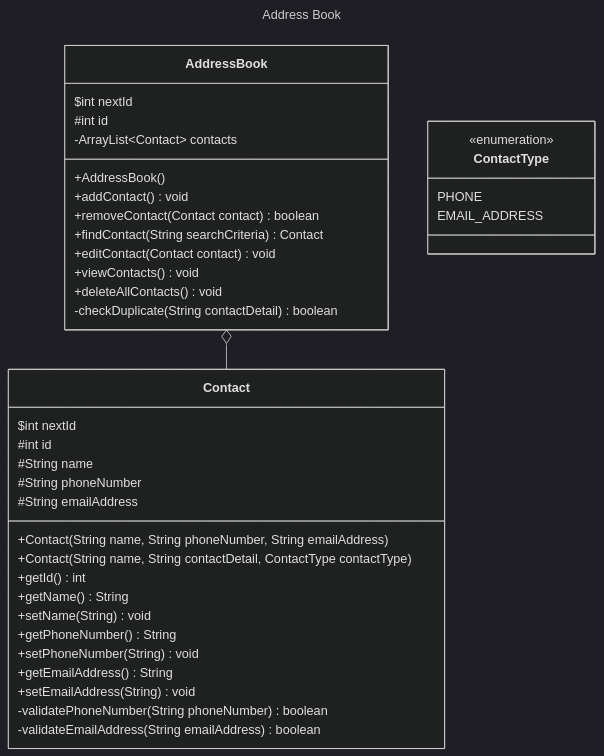
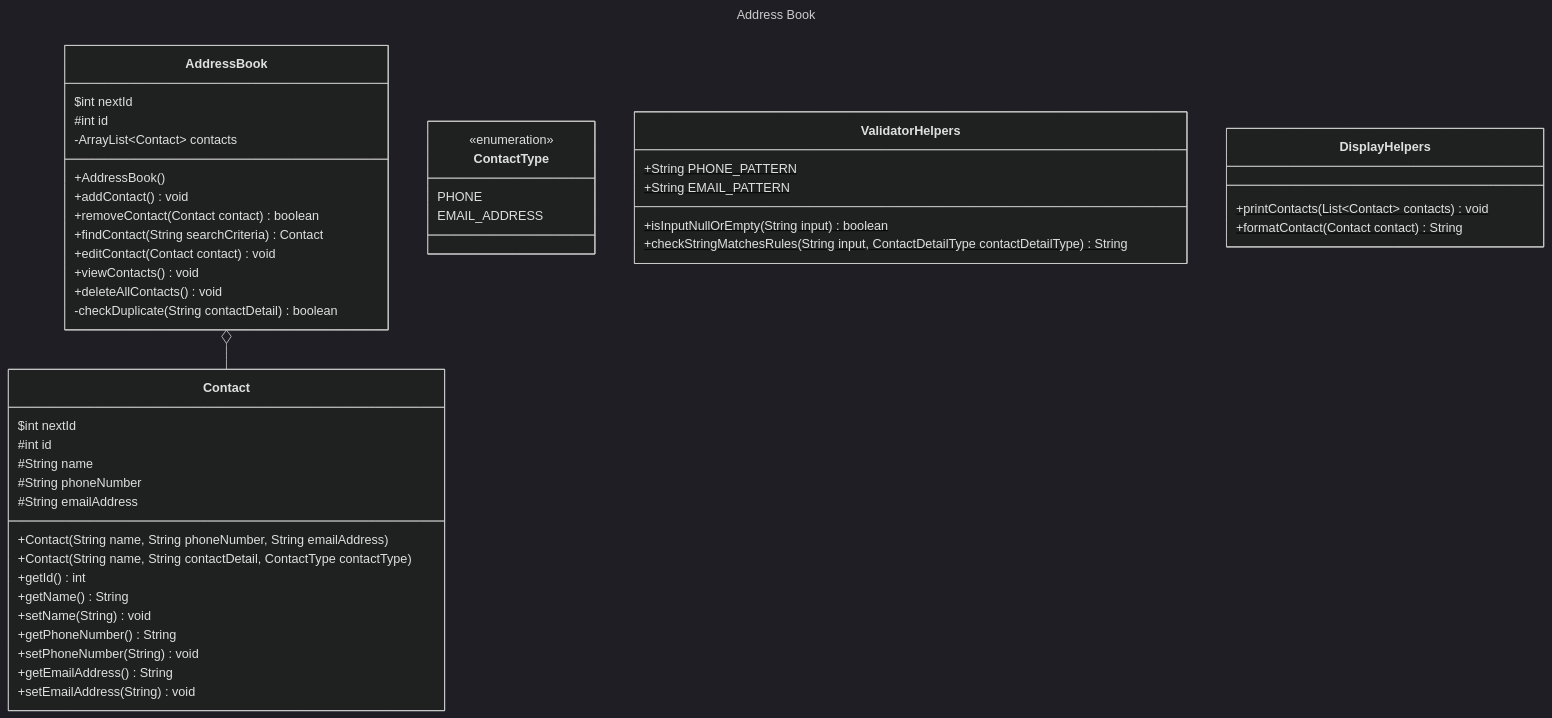
One commit to chantalsantos7/dfa-challenge-3-address-book changed the diagram in docs/domain-models-test-plan.md. Above: the diagram before and after it, drawn with Mermaid (dark theme). The commit also changed other lines of this file, not shown here.

Commit message:
DOCS: Update class diagram with helper classes

````diff
--- a/docs/domain-models-test-plan.md
+++ b/docs/domain-models-test-plan.md
@@ -30,48 +30,61 @@
 ```mermaid
 ---
 title: Address Book
 ---
 
 classDiagram
     AddressBook o-- Contact
     class AddressBook {
         $int nextId
         #int id
         -ArrayList~Contact~ contacts
         
         +AddressBook()
         +addContact() void
         +removeContact(Contact contact) boolean
         +findContact(String searchCriteria) Contact
         +editContact(Contact contact) void
         +viewContacts() void
         +deleteAllContacts() void
         -checkDuplicate(String contactDetail) boolean
     }
     
     class Contact {
         $int nextId
         #int id
         #String name
         #String phoneNumber
         #String emailAddress
         
         +Contact(String name, String phoneNumber, String emailAddress)
         +Contact(String name, String contactDetail, ContactType contactType)
         +getId() int
         +getName() String
         +setName(String) void
         +getPhoneNumber() String
         +setPhoneNumber(String) void
         +getEmailAddress() String
         +setEmailAddress(String) void
-        -validatePhoneNumber(String phoneNumber) boolean
-        -validateEmailAddress(String emailAddress) boolean
+%%        -validatePhoneNumber(String phoneNumber) boolean
+%%        -validateEmailAddress(String emailAddress) boolean
     }
     
     class ContactType {
         <<enumeration>>
         PHONE
         EMAIL_ADDRESS
     }
+    
+    class ValidatorHelpers {
+        +String PHONE_PATTERN$
+        +String EMAIL_PATTERN$
+        
+        +isInputNullOrEmpty(String input) boolean$
+        +checkStringMatchesRules(String input, ContactDetailType contactDetailType) String$
+    }
+    
+    class DisplayHelpers {
+        +printContacts(List~Contact~ contacts) void$
+        +formatContact(Contact contact) String$
+    }
 ```
````
